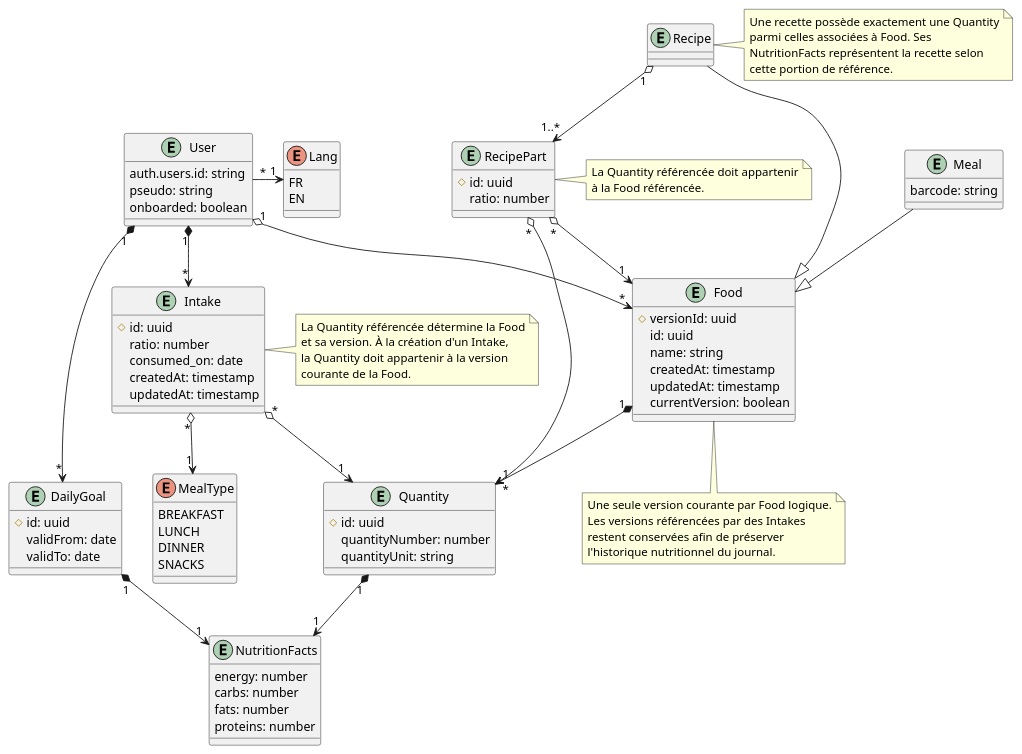
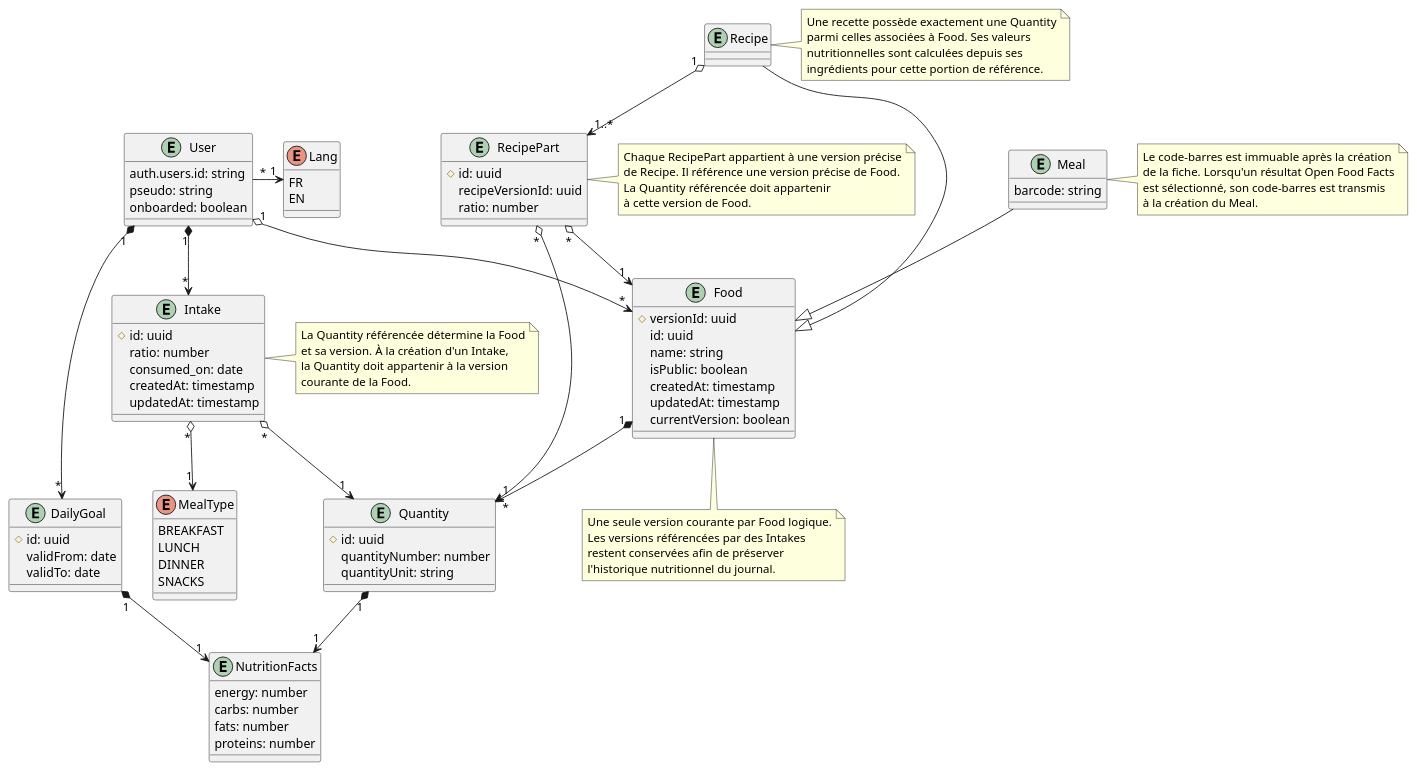
The diagram in docs/model.wsd (TheoFaedo/nutrifit-one), drawn with PlantUML before and after one commit. The commit also changed 2 other files, not shown here.

```diff
--- a/docs/model.wsd
+++ b/docs/model.wsd
@@ -1,103 +1,114 @@
 @startuml
 
 entity User {
     auth.users.id: string
     pseudo: string
     onboarded: boolean
 }
 entity DailyGoal {
     #id: uuid
     validFrom: date
     validTo: date
 }
 entity Intake {
     #id: uuid
     ratio: number
     consumed_on: date
     createdAt: timestamp
     updatedAt: timestamp
 }
 entity Meal {
     barcode: string
 }
 entity Food {
     #versionId: uuid
     id: uuid
     name: string
+    isPublic: boolean
     createdAt: timestamp
     updatedAt: timestamp
     currentVersion: boolean
 }
 entity Quantity {
     #id: uuid
     quantityNumber: number
     quantityUnit: string
 }
 
 entity Recipe
 entity RecipePart {
     #id: uuid
+    recipeVersionId: uuid
     ratio: number
 }
 
 entity NutritionFacts {
     energy: number
     carbs: number
     fats: number
     proteins: number
 }
 enum Lang {
     FR
     EN
 }
 enum MealType {
     BREAKFAST
     LUNCH
     DINNER
     SNACKS
 }
 
 User "1" o--> "*" Food
 User "1" *--> "*" Intake
 User "1" *--> "*" DailyGoal
 User "*" -> "1" Lang
 
 DailyGoal "1" *--> "1" NutritionFacts
 
 Intake "*" o--> "1" MealType
 Intake "*" o--> "1" Quantity
 
 Food "1" *--> "*" Quantity 
 Quantity "1" *--> "1" NutritionFacts 
 Meal --|> Food
 Recipe --|> Food
 Recipe "1" o--> "1..*" RecipePart
 RecipePart "*" o--> "1" Food
 RecipePart "*" o--> "1" Quantity
 
 note right of Intake
   La Quantity référencée détermine la Food
   et sa version. À la création d'un Intake,
   la Quantity doit appartenir à la version
   courante de la Food.
 end note
 
 note right of Recipe
   Une recette possède exactement une Quantity
-  parmi celles associées à Food. Ses
-  NutritionFacts représentent la recette selon
-  cette portion de référence.
+  parmi celles associées à Food. Ses valeurs
+  nutritionnelles sont calculées depuis ses
+  ingrédients pour cette portion de référence.
+end note
+
+note right of Meal
+  Le code-barres est immuable après la création
+  de la fiche. Lorsqu'un résultat Open Food Facts
+  est sélectionné, son code-barres est transmis
+  à la création du Meal.
 end note
 
 note right of RecipePart
+  Chaque RecipePart appartient à une version précise
+  de Recipe. Il référence une version précise de Food.
   La Quantity référencée doit appartenir
-  à la Food référencée.
+  à cette version de Food.
 end note
 
 note bottom of Food
   Une seule version courante par Food logique.
   Les versions référencées par des Intakes
   restent conservées afin de préserver
   l'historique nutritionnel du journal.
 end note
 @enduml
```
